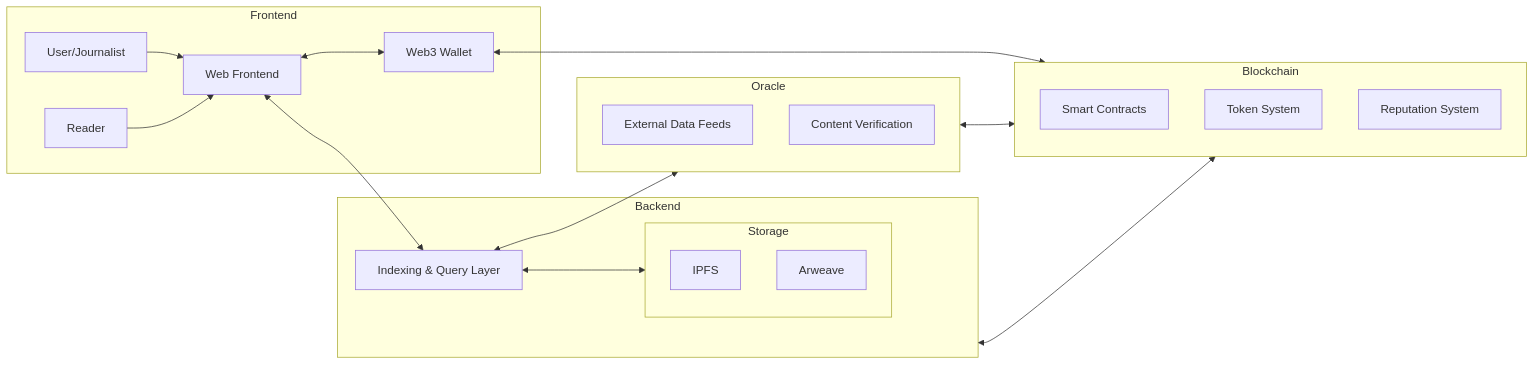
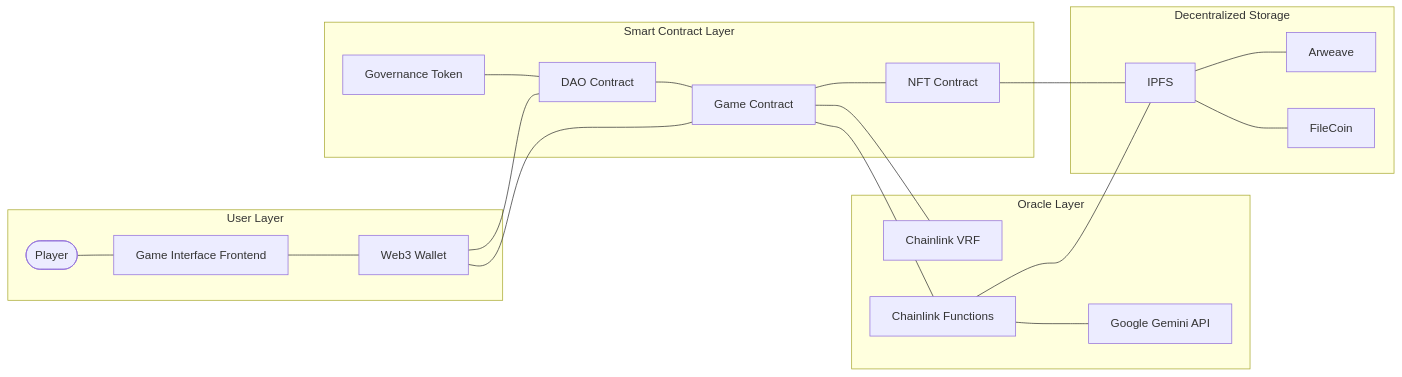
The fourth of 4 diagrams in proposal/slides.md (runsdev/hybridhaven), drawn with Mermaid before and after one commit. The commit also changed other lines of this file and 3 other files, not shown here.

````diff
--- a/proposal/slides.md
+++ b/proposal/slides.md
@@ -96,43 +293,51 @@
 ```mermaid
 flowchart LR
-  %% Frontend Layer
-  subgraph Frontend
-    User[User/Journalist]
-    Reader[Reader]
-    WebUI[Web Frontend]
-    User --> WebUI
-    Reader --> WebUI
-    WebUI <--> Wallet[Web3 Wallet]
+  %% User Layer
+  subgraph "User Layer"
+    Player([Player])
+    GameInterface[Game Interface Frontend]
+    Wallet[Web3 Wallet]
+    
+    Player --- GameInterface
+    GameInterface --- Wallet
   end
   
-  %% Backend Layer
-  subgraph Backend
-    IndexLayer[Indexing & Query Layer]
-    WebUI <--> IndexLayer
-    IndexLayer <--> Storage[Decentralized Storage]
+  %% Smart Contract Layer
+  subgraph "Smart Contract Layer"
+    GameContract[Game Contract]
+    NFTContract[NFT Contract]
+    GovernanceToken[Governance Token]
+    DAO[DAO Contract]
     
-    subgraph Storage
-      IPFS[IPFS]
-      Arweave[Arweave]
-    end
+    GameContract --- NFTContract
+    GovernanceToken --- DAO
+    DAO --- GameContract
   end
   
   %% Oracle Layer
-  subgraph Oracle
-    DataFeeds[External Data Feeds]
-    VerificationSystem[Content Verification]
+  subgraph "Oracle Layer"
+    ChainlinkVRF[Chainlink VRF]
+    ChainlinkFunctions[Chainlink Functions]
+    GeminiAI[Google Gemini API]
+    
+    ChainlinkFunctions --- GeminiAI
   end
   
-  %% Blockchain Layer
-  subgraph Blockchain
-    SmartContracts[Smart Contracts]
-    TokenSystem[Token System]
-    ReputationSystem[Reputation System]
+  %% Decentralized Storage
+  subgraph "Decentralized Storage"
+    IPFS[IPFS]
+    Arweave[Arweave]
+    FileCoin[FileCoin]
+    
+    IPFS --- Arweave
+    IPFS --- FileCoin
   end
   
-  %% Connections between layers
-  Wallet <--> Blockchain
-  IndexLayer <--> Oracle
-  Oracle <--> Blockchain
-  Backend <--> Blockchain
+  %% Cross-layer connections
+  Wallet --- GameContract
+  Wallet --- DAO
+  GameContract --- ChainlinkVRF
+  GameContract --- ChainlinkFunctions
+  ChainlinkFunctions --- IPFS
+  NFTContract --- IPFS
 ```
````
